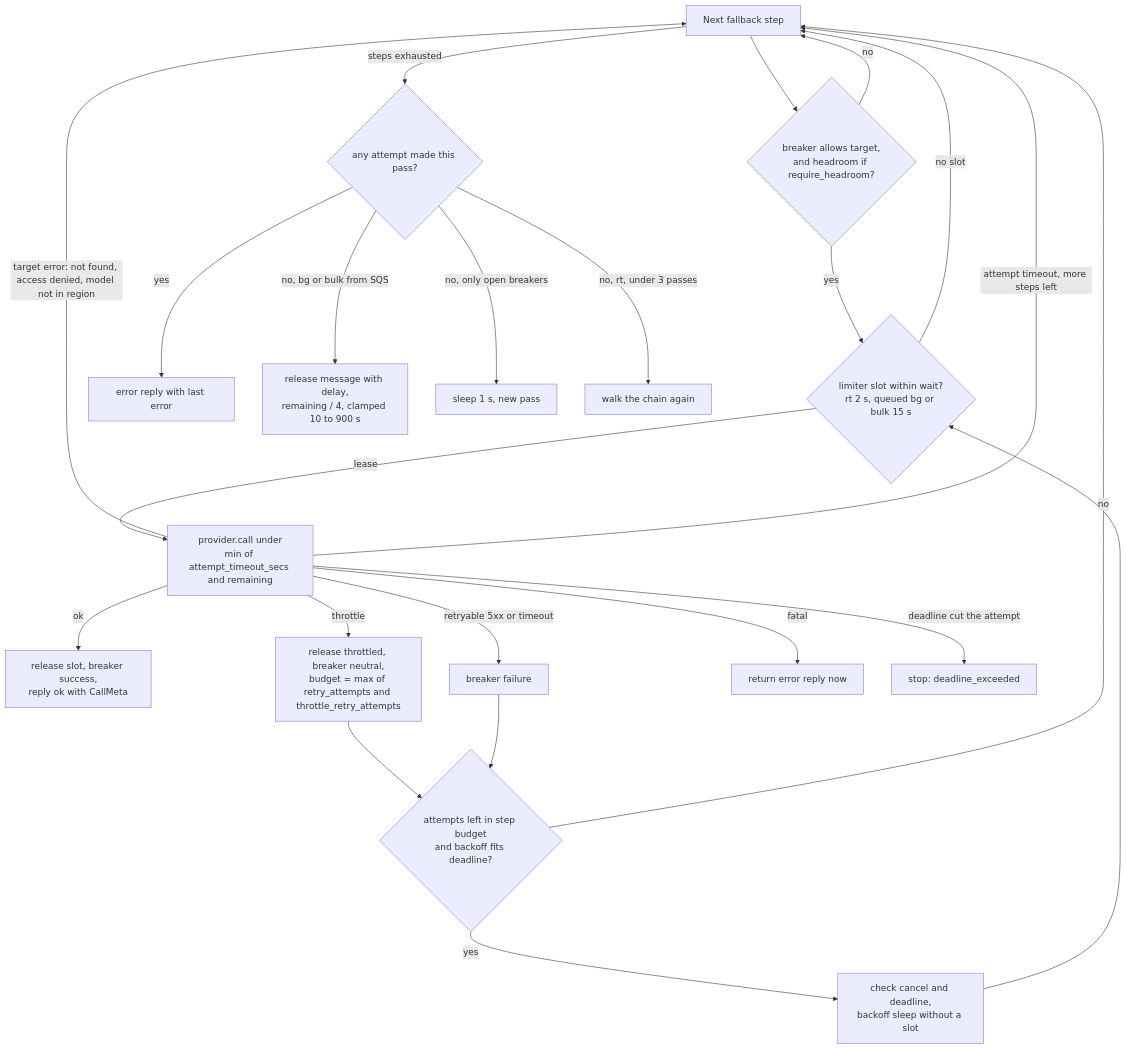
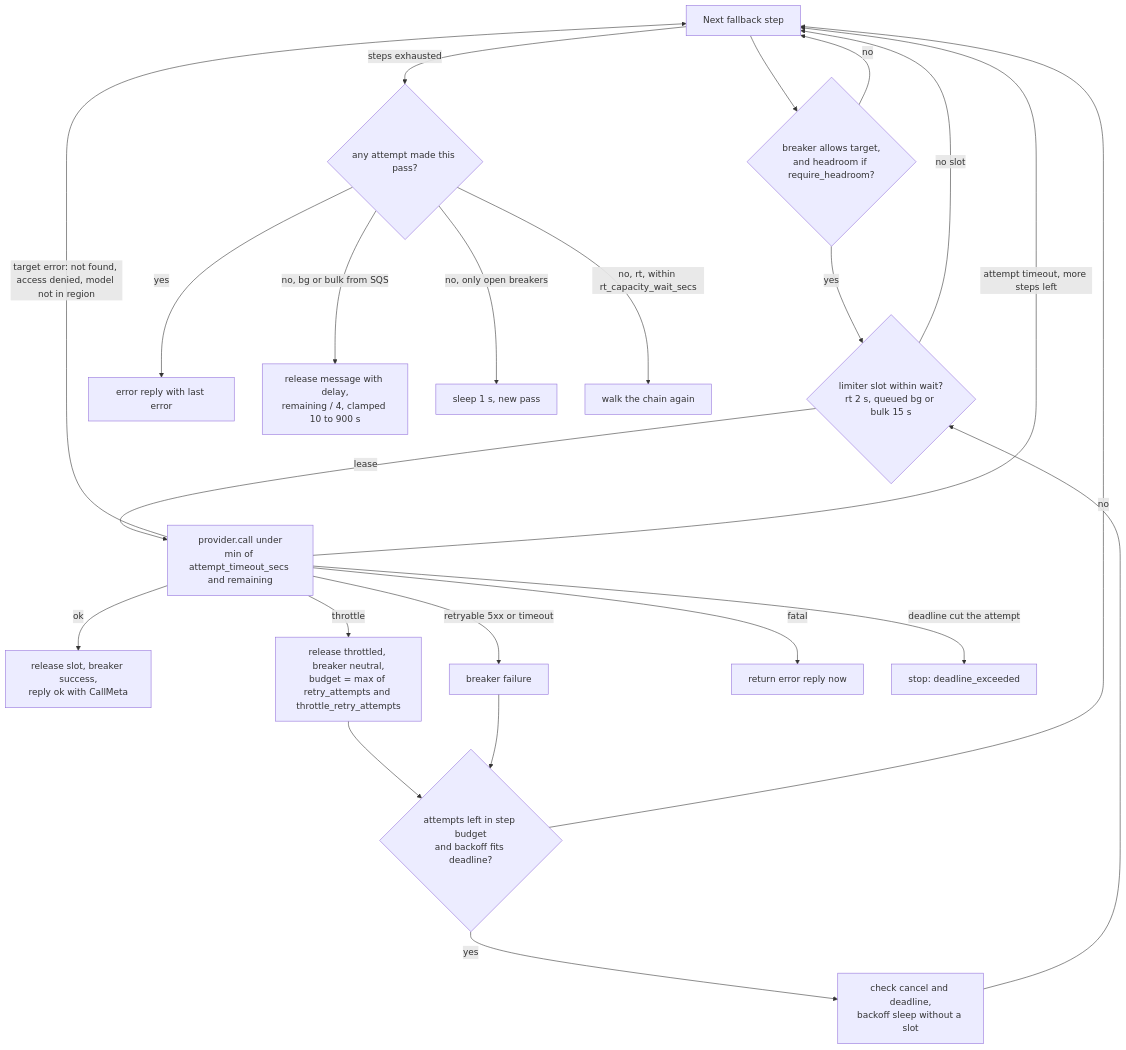
Before and after one commit to techiewonk/taskiq-llm-queue: the third of 8 diagrams in docs/ARCHITECTURE.md, drawn with Mermaid. The commit also changed other lines of this file and 11 other files, not shown here.

First line of the commit message:
rt capacity wait limit, error meta, rate-limit plan, harness A/B overrides

````diff
--- a/docs/ARCHITECTURE.md
+++ b/docs/ARCHITECTURE.md
@@ -242,24 +242,24 @@
 ```mermaid
 flowchart TD
   S["Next fallback step"] --> U{"breaker allows target,<br/>and headroom if require_headroom?"}
   U -->|"no"| S
   U -->|"yes"| A{"limiter slot within wait?<br/>rt 2 s, queued bg or bulk 15 s"}
   A -->|"no slot"| S
   A -->|"lease"| CALL["provider.call under<br/>min of attempt_timeout_secs and remaining"]
   CALL -->|"ok"| OK["release slot, breaker success,<br/>reply ok with CallMeta"]
   CALL -->|"throttle"| T["release throttled, breaker neutral,<br/>budget = max of retry_attempts and throttle_retry_attempts"]
   CALL -->|"retryable 5xx or timeout"| R["breaker failure"]
   CALL -->|"target error: not found, access denied, model not in region"| S
   CALL -->|"attempt timeout, more steps left"| S
   CALL -->|"fatal"| F["return error reply now"]
   CALL -->|"deadline cut the attempt"| X["stop: deadline_exceeded"]
   T --> B{"attempts left in step budget<br/>and backoff fits deadline?"}
   R --> B
   B -->|"yes"| SLEEP["check cancel and deadline,<br/>backoff sleep without a slot"] --> A
   B -->|"no"| S
   S -->|"steps exhausted"| DONE{"any attempt made this pass?"}
   DONE -->|"yes"| ERR["error reply with last error"]
   DONE -->|"no, bg or bulk from SQS"| RQ["release message with delay,<br/>remaining / 4, clamped 10 to 900 s"]
   DONE -->|"no, only open breakers"| IDLE["sleep 1 s, new pass"]
-  DONE -->|"no, rt, under 3 passes"| PASS["walk the chain again"]
+  DONE -->|"no, rt, within rt_capacity_wait_secs"| PASS["walk the chain again"]
 ```
````
